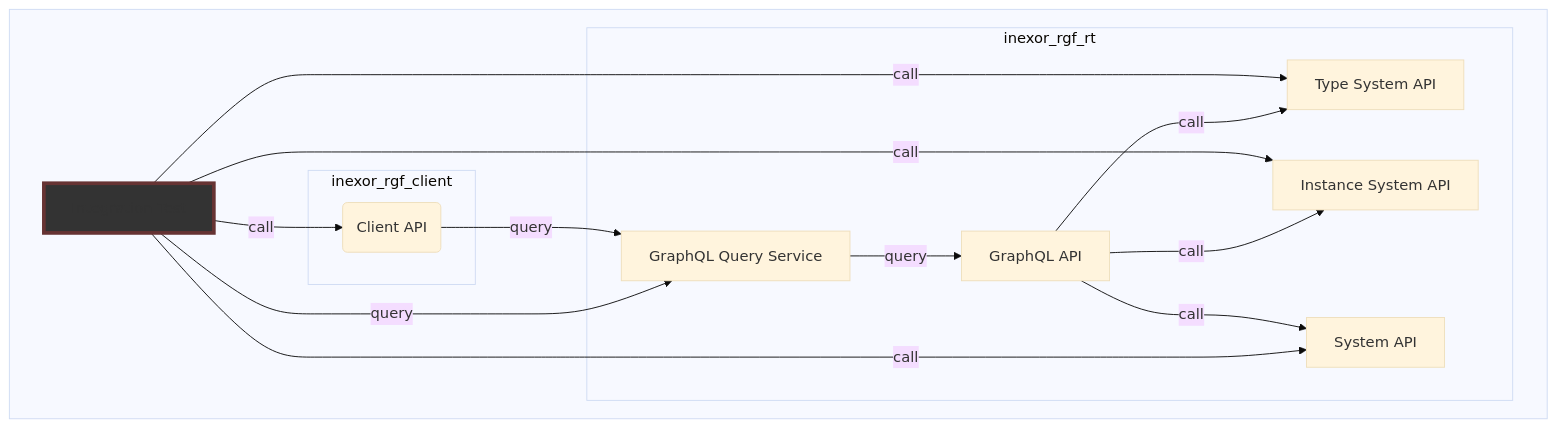
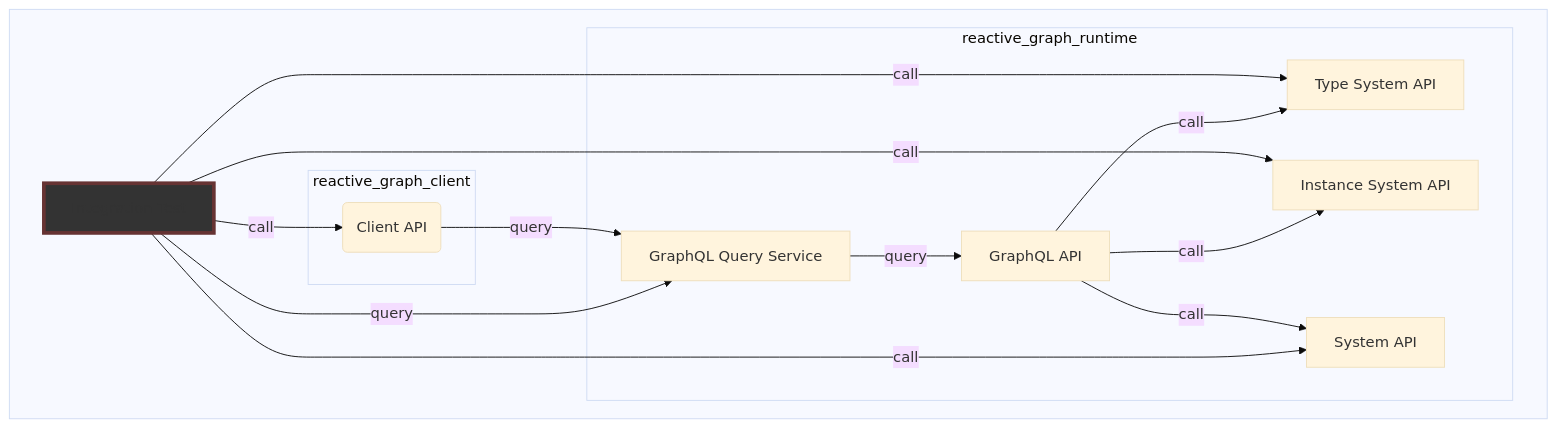
The fifth of 5 diagrams in book/src/System_Architecture.md (reactive-graph/reactive-graph), drawn with Mermaid (base theme) before and after one commit. The commit also changed other lines of this file, not shown here.

````diff
--- a/book/src/System_Architecture.md
+++ b/book/src/System_Architecture.md
@@ -294,34 +294,34 @@
 ```mermaid
 graph TD
 subgraph Integration Tests[ ]
 
   IT[Integration Test]
   CA(Client API)
   style IT fill:#333,stroke:#633,stroke-width:4px,margin-top:10px
 
-  subgraph "inexor_rgf_rt"
+  subgraph "reactive_graph_runtime"
     GQS[GraphQL Query Service]
     GA[GraphQL API]
     TSA[Type System API]
     ISA[Instance System API]
     SYSA[System API]
   end
 
-  subgraph "inexor_rgf_client"
+  subgraph "reactive_graph_client"
     CA -->|query| GQS
   end
 
   IT -->|call| CA
   IT --->|query| GQS
   IT -->|call| TSA
   IT -->|call| ISA
 
   GQS -->|query| GA
   GA --->|call| TSA
   GA --->|call| ISA
   GA --->|call| SYSA
 
   IT -->|call| SYSA
 
 end
 ```
````
